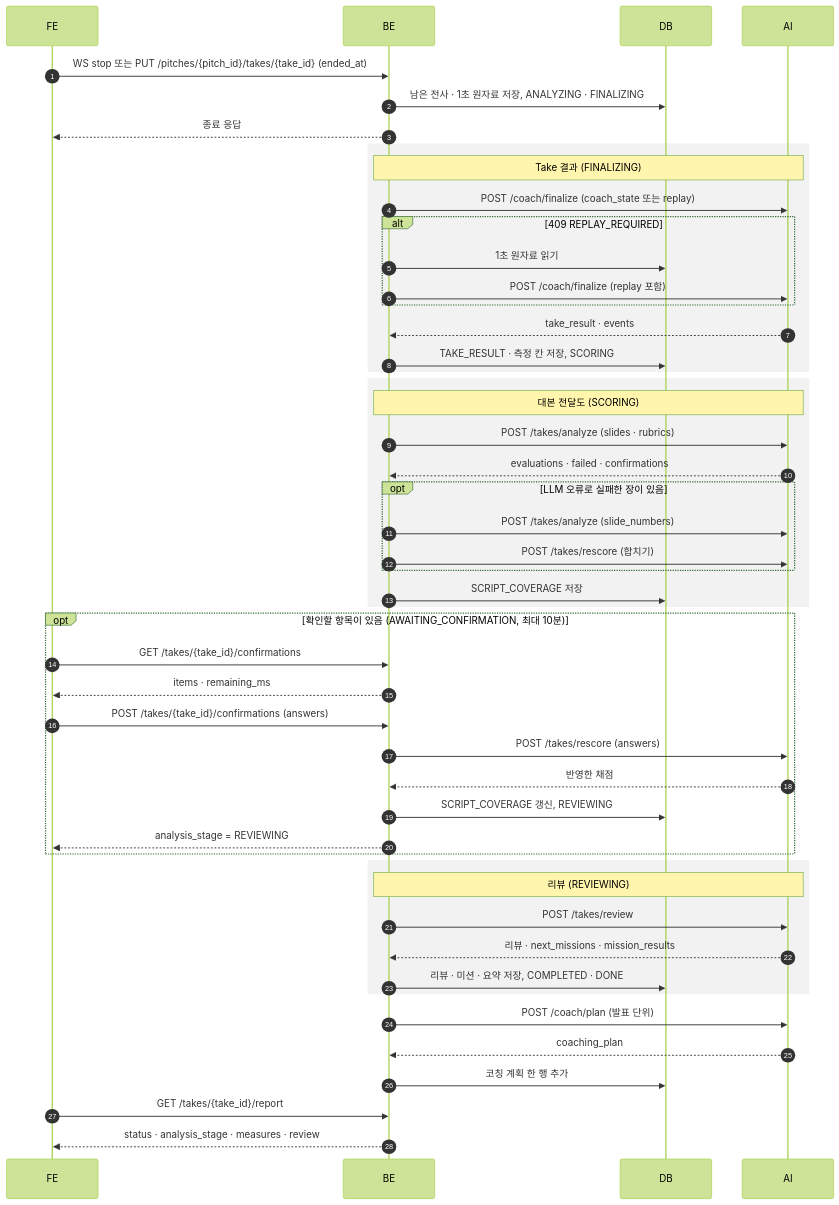
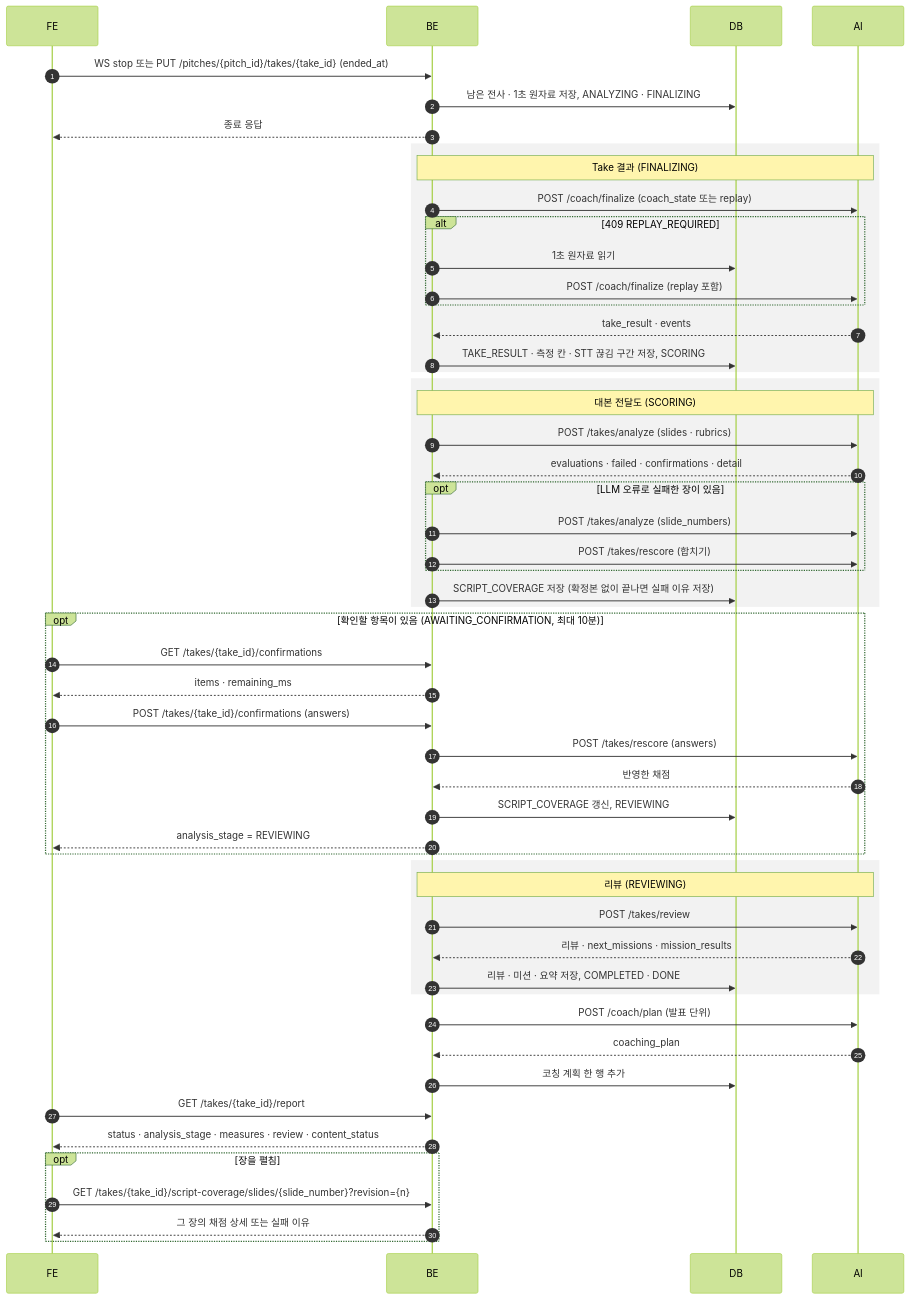
One commit to kakaotechcampus-4/ktc4-pusan-2 changed the diagram in docs/be/review.md. Above: the diagram before and after it, drawn with Mermaid (forest theme). The commit also changed other lines of this file and 1 other file, not shown here.

Commit message:
docs(be): 리포트의 대본 전달도 상태 · 장별 상세 API 와 STT 끊김 저장을 적는다

````diff
--- a/docs/be/review.md
+++ b/docs/be/review.md
@@ -37,58 +41,62 @@
 ```mermaid
 sequenceDiagram
     autonumber
     participant FE
     participant BE
     participant DB
     participant AI
 
     FE->>BE: WS stop 또는 PUT /pitches/{pitch_id}/takes/{take_id} (ended_at)
     BE->>DB: 남은 전사 · 1초 원자료 저장, ANALYZING · FINALIZING
     BE-->>FE: 종료 응답
 
     rect rgba(128, 128, 128, 0.1)
     Note over BE,AI: Take 결과 (FINALIZING)
     BE->>AI: POST /coach/finalize (coach_state 또는 replay)
     alt 409 REPLAY_REQUIRED
         BE->>DB: 1초 원자료 읽기
         BE->>AI: POST /coach/finalize (replay 포함)
     end
     AI-->>BE: take_result · events
-    BE->>DB: TAKE_RESULT · 측정 칸 저장, SCORING
+    BE->>DB: TAKE_RESULT · 측정 칸 · STT 끊김 구간 저장, SCORING
     end
 
     rect rgba(128, 128, 128, 0.1)
     Note over BE,AI: 대본 전달도 (SCORING)
     BE->>AI: POST /takes/analyze (slides · rubrics)
-    AI-->>BE: evaluations · failed · confirmations
+    AI-->>BE: evaluations · failed · confirmations · detail
     opt LLM 오류로 실패한 장이 있음
         BE->>AI: POST /takes/analyze (slide_numbers)
         BE->>AI: POST /takes/rescore (합치기)
     end
-    BE->>DB: SCRIPT_COVERAGE 저장
+    BE->>DB: SCRIPT_COVERAGE 저장 (확정본 없이 끝나면 실패 이유 저장)
     end
 
     opt 확인할 항목이 있음 (AWAITING_CONFIRMATION, 최대 10분)
         FE->>BE: GET /takes/{take_id}/confirmations
         BE-->>FE: items · remaining_ms
         FE->>BE: POST /takes/{take_id}/confirmations (answers)
         BE->>AI: POST /takes/rescore (answers)
         AI-->>BE: 반영한 채점
         BE->>DB: SCRIPT_COVERAGE 갱신, REVIEWING
         BE-->>FE: analysis_stage = REVIEWING
     end
 
     rect rgba(128, 128, 128, 0.1)
     Note over BE,AI: 리뷰 (REVIEWING)
     BE->>AI: POST /takes/review
     AI-->>BE: 리뷰 · next_missions · mission_results
     BE->>DB: 리뷰 · 미션 · 요약 저장, COMPLETED · DONE
     end
 
     BE->>AI: POST /coach/plan (발표 단위)
     AI-->>BE: coaching_plan
     BE->>DB: 코칭 계획 한 행 추가
 
     FE->>BE: GET /takes/{take_id}/report
-    BE-->>FE: status · analysis_stage · measures · review
+    BE-->>FE: status · analysis_stage · measures · review · content_status
+    opt 장을 펼침
+        FE->>BE: GET /takes/{take_id}/script-coverage/slides/{slide_number}?revision={n}
+        BE-->>FE: 그 장의 채점 상세 또는 실패 이유
+    end
 ```
````
